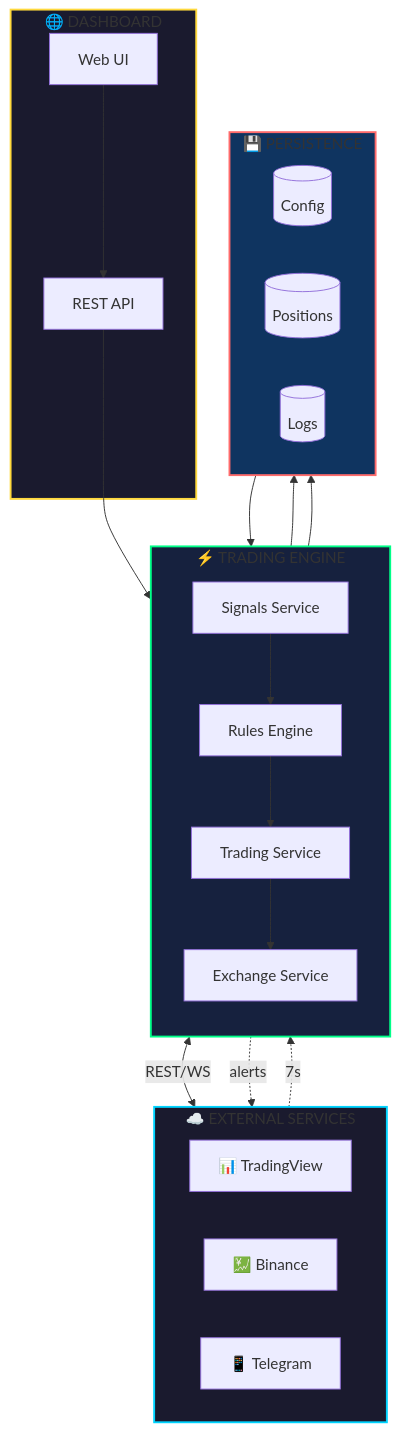
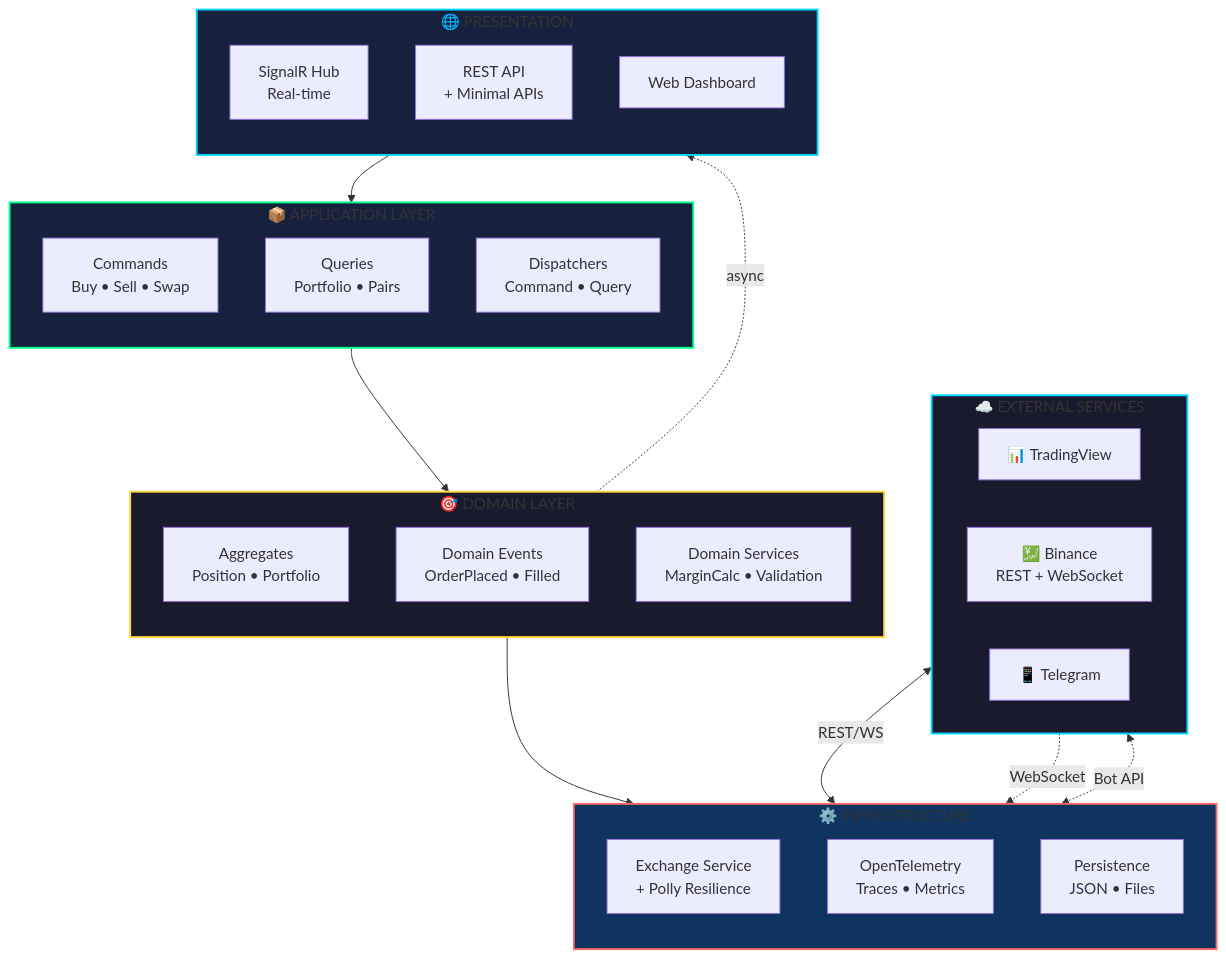
One commit to blackms/IntelliTrader changed the first of 5 diagrams in README.md. Above: the diagram before and after it, drawn with Mermaid. The commit also changed other lines of this file, not shown here.

First line of the commit message:
docs(readme): modernize README with startup-grade styling and mermaid diagrams

````diff
--- a/README.md
+++ b/README.md
@@ -160,49 +227,52 @@
 ```mermaid
 flowchart TB
     subgraph EXT["☁️ EXTERNAL SERVICES"]
         direction LR
         TV["📊 TradingView"]
-        BN["💹 Binance"]
+        BN["💹 Binance<br/>REST + WebSocket"]
         TG["📱 Telegram"]
     end
 
-    subgraph ENGINE["⚡ TRADING ENGINE"]
+    subgraph APP["📦 APPLICATION LAYER"]
         direction TB
-        SIG["Signals Service"]
-        RULES["Rules Engine"]
-        TRADE["Trading Service"]
-        EXCH["Exchange Service"]
-
-        SIG --> RULES
-        RULES --> TRADE
-        TRADE --> EXCH
+        CMD["Commands<br/>Buy • Sell • Swap"]
+        QRY["Queries<br/>Portfolio • Pairs"]
+        DISP["Dispatchers<br/>Command • Query"]
     end
 
-    subgraph DATA["💾 PERSISTENCE"]
-        direction LR
-        CFG[("Config")]
-        POS[("Positions")]
-        LOG[("Logs")]
+    subgraph DOMAIN["🎯 DOMAIN LAYER"]
+        direction TB
+        AGG["Aggregates<br/>Position • Portfolio"]
+        EVT["Domain Events<br/>OrderPlaced • Filled"]
+        SVC["Domain Services<br/>MarginCalc • Validation"]
     end
 
-    subgraph WEB["🌐 DASHBOARD"]
-        API["REST API"]
-        UI["Web UI"]
-        UI --> API
+    subgraph INFRA["⚙️ INFRASTRUCTURE"]
+        direction TB
+        EXCH["Exchange Service<br/>+ Polly Resilience"]
+        OTEL["OpenTelemetry<br/>Traces • Metrics"]
+        PERSIST["Persistence<br/>JSON • Files"]
     end
 
-    TV -.->|"7s"| SIG
-    EXCH <-->|"REST/WS"| BN
-    TRADE -.->|"alerts"| TG
+    subgraph WEB["🌐 PRESENTATION"]
+        direction TB
+        HUB["SignalR Hub<br/>Real-time"]
+        API["REST API<br/>+ Minimal APIs"]
+        UI["Web Dashboard"]
+    end
 
-    CFG --> ENGINE
-    TRADE --> POS
-    TRADE --> LOG
+    TV -.->|"WebSocket"| INFRA
+    BN <-->|"REST/WS"| EXCH
+    TG <-.->|"Bot API"| INFRA
 
-    API --> ENGINE
+    WEB --> APP
+    APP --> DOMAIN
+    DOMAIN --> INFRA
+    EVT -.->|"async"| HUB
 
     style EXT fill:#1a1a2e,stroke:#00d4ff,stroke-width:2px
-    style ENGINE fill:#16213e,stroke:#00ff88,stroke-width:2px
-    style DATA fill:#0f3460,stroke:#ff6b6b,stroke-width:2px
-    style WEB fill:#1a1a2e,stroke:#ffd93d,stroke-width:2px
+    style APP fill:#16213e,stroke:#00ff88,stroke-width:2px
+    style DOMAIN fill:#1a1a2e,stroke:#ffd93d,stroke-width:2px
+    style INFRA fill:#0f3460,stroke:#ff6b6b,stroke-width:2px
+    style WEB fill:#16213e,stroke:#00d4ff,stroke-width:2px
 ```
````
